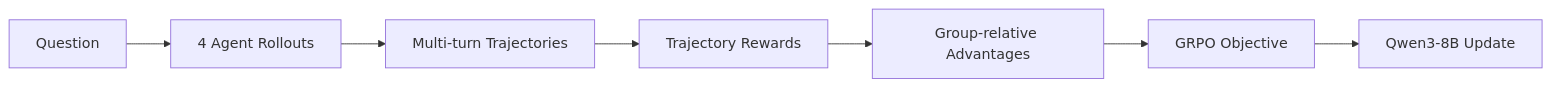
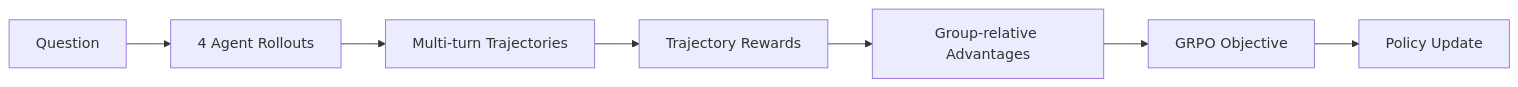
Before and after one commit to Idiotyevsky/EfficientTool-RL: the second of 2 diagrams in README.md, drawn with Mermaid. The commit also changed other lines of this file and 2 other files, not shown here.

````diff
--- a/README.md
+++ b/README.md
@@ -205,9 +212,9 @@
 ```mermaid
 flowchart LR
-    Q[Question] --> G[4 Agent Rollouts]
-    G --> T[Multi-turn Trajectories]
-    T --> R[Trajectory Rewards]
-    R --> A[Group-relative Advantages]
+    Q[Question] --> R[4 Agent Rollouts]
+    R --> T[Multi-turn Trajectories]
+    T --> W[Trajectory Rewards]
+    W --> A[Group-relative Advantages]
     A --> L[GRPO Objective]
-    L --> U[Qwen3-8B Update]
+    L --> U[Policy Update]
 ```
````
